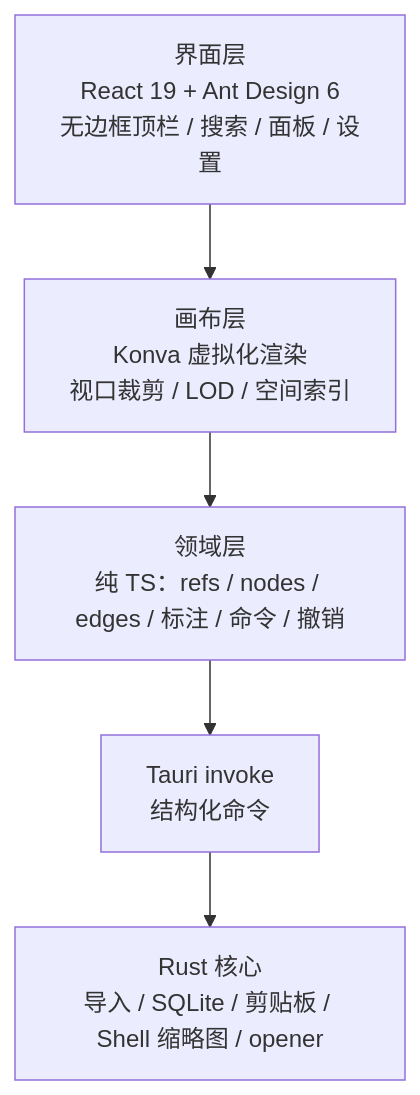
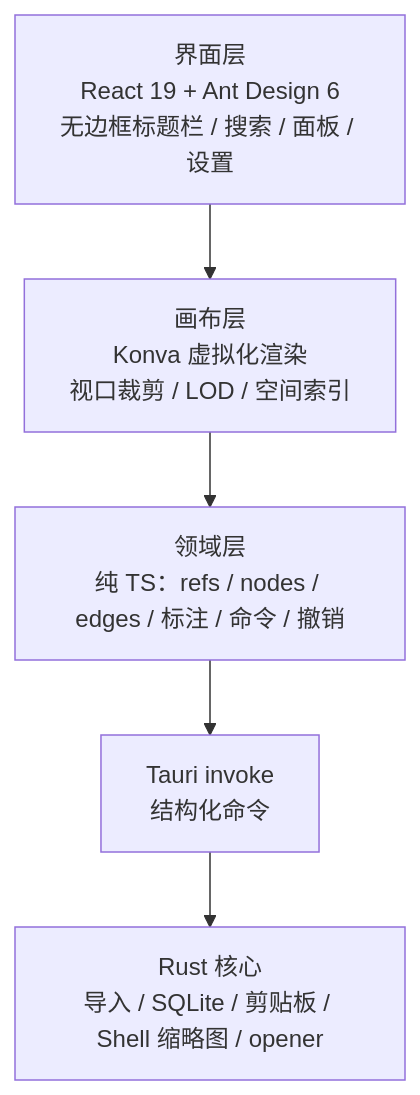
Before and after one commit to ht-sauce/ploceusTidy: the second of 2 diagrams in docs/spec/00-overview.md, drawn with Mermaid. The commit also changed other lines of this file and 22 other files, not shown here.

````diff
--- a/docs/spec/00-overview.md
+++ b/docs/spec/00-overview.md
@@ -36,7 +36,7 @@
 ```mermaid
 flowchart TB
-    UI[界面层<br/>React 19 + Ant Design 6<br/>无边框顶栏 / 搜索 / 面板 / 设置] --> CANVAS[画布层<br/>Konva 虚拟化渲染<br/>视口裁剪 / LOD / 空间索引]
+    UI[界面层<br/>React 19 + Ant Design 6<br/>无边框标题栏 / 搜索 / 面板 / 设置] --> CANVAS[画布层<br/>Konva 虚拟化渲染<br/>视口裁剪 / LOD / 空间索引]
     CANVAS --> DOMAIN[领域层<br/>纯 TS：refs / nodes / edges / 标注 / 命令 / 撤销]
     DOMAIN --> IPC[Tauri invoke<br/>结构化命令]
     IPC --> CORE[Rust 核心<br/>导入 / SQLite / 剪贴板 / Shell 缩略图 / opener]
 ```
````
